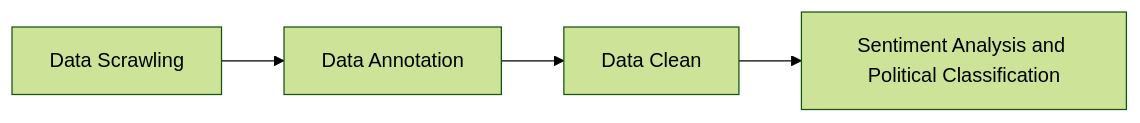
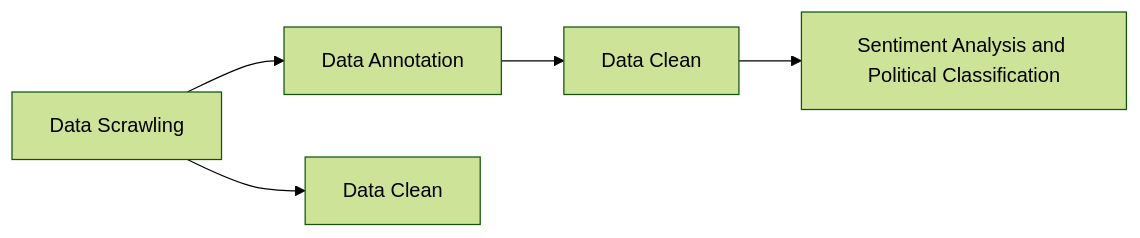
Before and after one commit to ronineume/X-NLP-Project: the diagram in README.md, drawn with Mermaid (forest theme). The commit also changed other lines of this file, not shown here.

````diff
--- a/README.md
+++ b/README.md
@@ -12,4 +12,5 @@
 ```mermaid
  graph LR
 A[Data Scrawling]--> B[Data Annotation] --> C[Data Clean] --> D[Sentiment Analysis and Political Classification]
+A[Data Scrawling]--> E[Data Clean]
 ```
````
